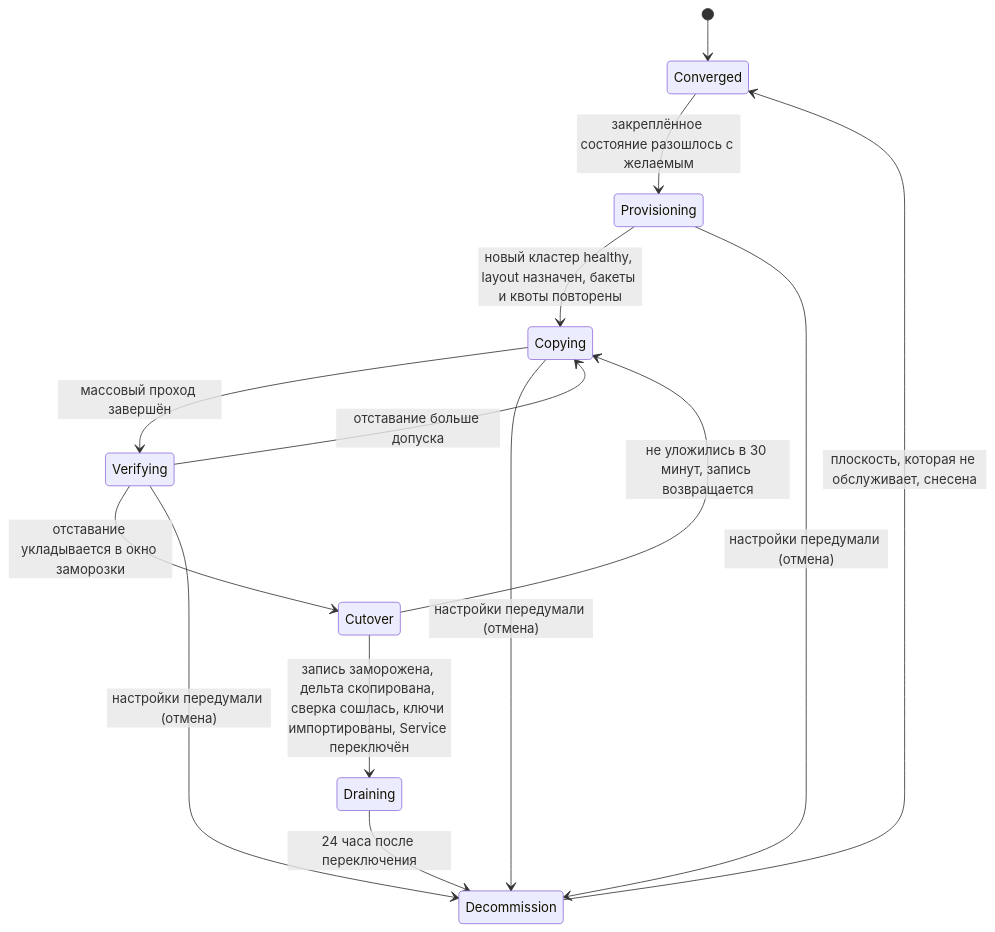
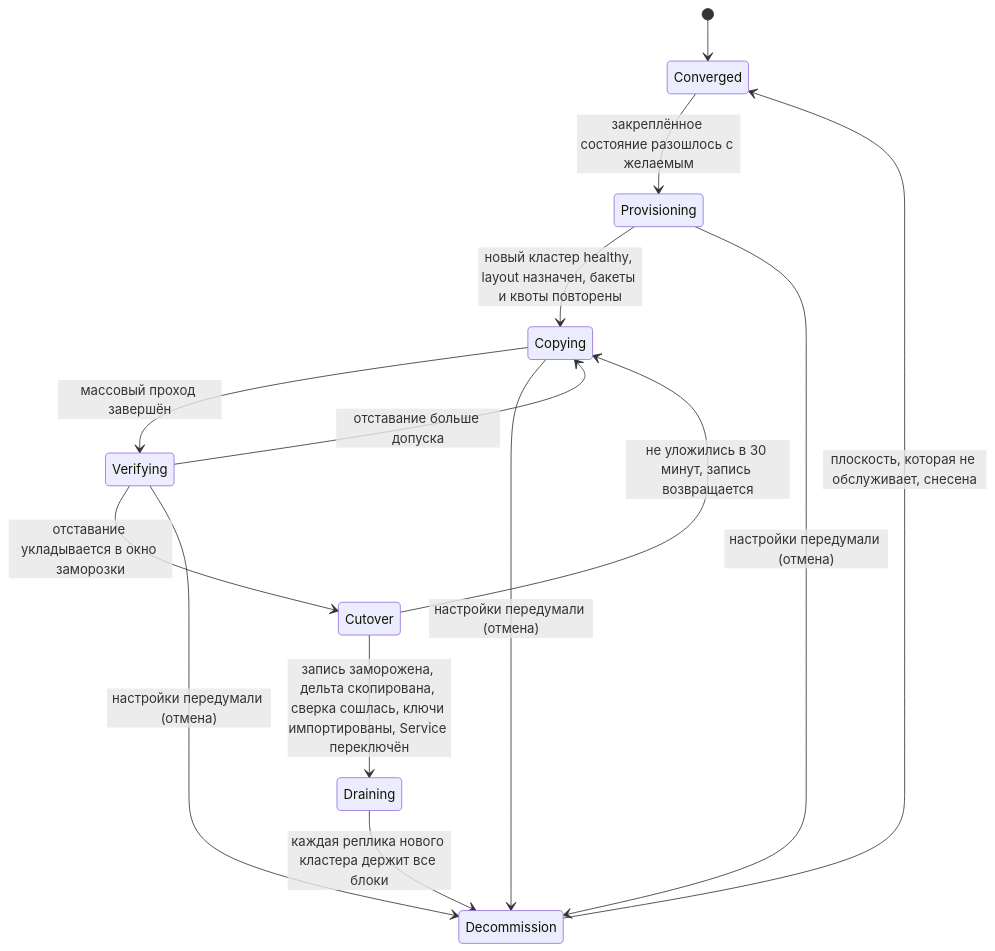
Before and after one commit to deckhouse/system-s3: the third of 3 diagrams in design/rework-storageclass-ha-jwt.ru.md, drawn with Mermaid. The commit also changed other lines of this file and 7 other files, not shown here.

````diff
--- a/design/rework-storageclass-ha-jwt.ru.md
+++ b/design/rework-storageclass-ha-jwt.ru.md
@@ -560,16 +561,16 @@
 ```mermaid
 stateDiagram-v2
     [*] --> Converged
     Converged --> Provisioning: закреплённое состояние разошлось с желаемым
     Provisioning --> Copying: новый кластер healthy, layout назначен, бакеты и квоты повторены
     Copying --> Verifying: массовый проход завершён
     Verifying --> Copying: отставание больше допуска
     Verifying --> Cutover: отставание укладывается в окно заморозки
     Cutover --> Copying: не уложились в 30 минут, запись возвращается
     Cutover --> Draining: запись заморожена, дельта скопирована, сверка сошлась, ключи импортированы, Service переключён
-    Draining --> Decommission: 24 часа после переключения
+    Draining --> Decommission: каждая реплика нового кластера держит все блоки
     Decommission --> Converged: плоскость, которая не обслуживает, снесена
     Provisioning --> Decommission: настройки передумали (отмена)
     Copying --> Decommission: настройки передумали (отмена)
     Verifying --> Decommission: настройки передумали (отмена)
 ```
````
